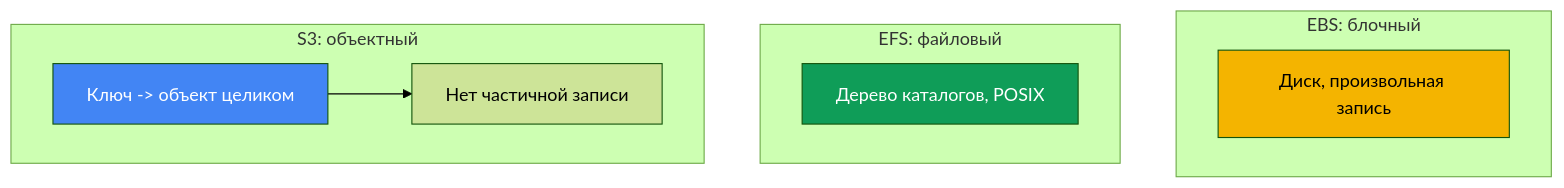
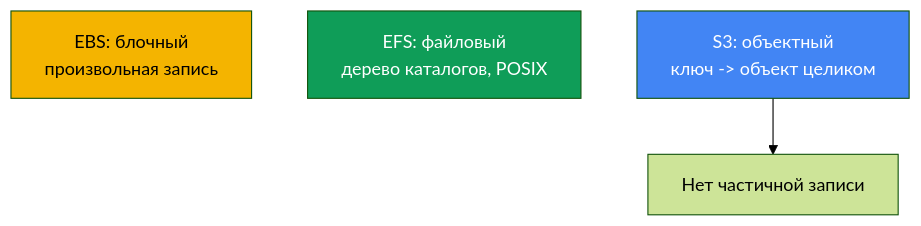
Before and after one commit to ViktorUJ/cks: the first of 2 diagrams in tasks/eks/course/25/ru.md, drawn with Mermaid (forest theme). The commit also changed other lines of this file and 52 other files, not shown here.

````diff
--- a/tasks/eks/course/25/ru.md
+++ b/tasks/eks/course/25/ru.md
@@ -43,17 +43,9 @@
 ```mermaid
 flowchart TB
-    subgraph blk["EBS: блочный"]
-        b["Диск, произвольная запись"]
-    end
-    subgraph fs["EFS: файловый"]
-        f["Дерево каталогов, POSIX"]
-    end
-    subgraph obj["S3: объектный"]
-        k["Ключ -> объект целиком"]
-        m["Нет частичной записи"]
-        k --> m
-    end
+    b["EBS: блочный<br/>произвольная запись"]
+    f["EFS: файловый<br/>дерево каталогов, POSIX"]
+    k["S3: объектный<br/>ключ -> объект целиком"] --> m["Нет частичной записи"]
     style b fill:#f4b400,color:#000
     style f fill:#0f9d58,color:#fff
     style k fill:#4285f4,color:#fff
 ```
````
